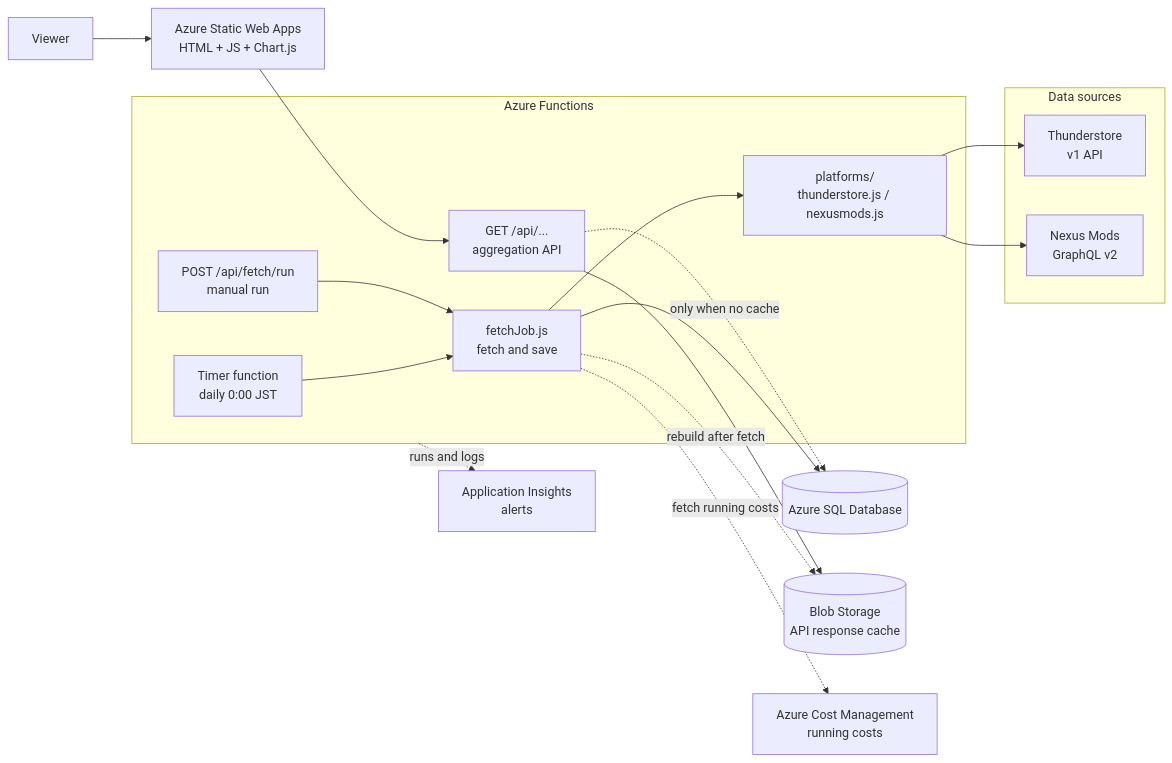
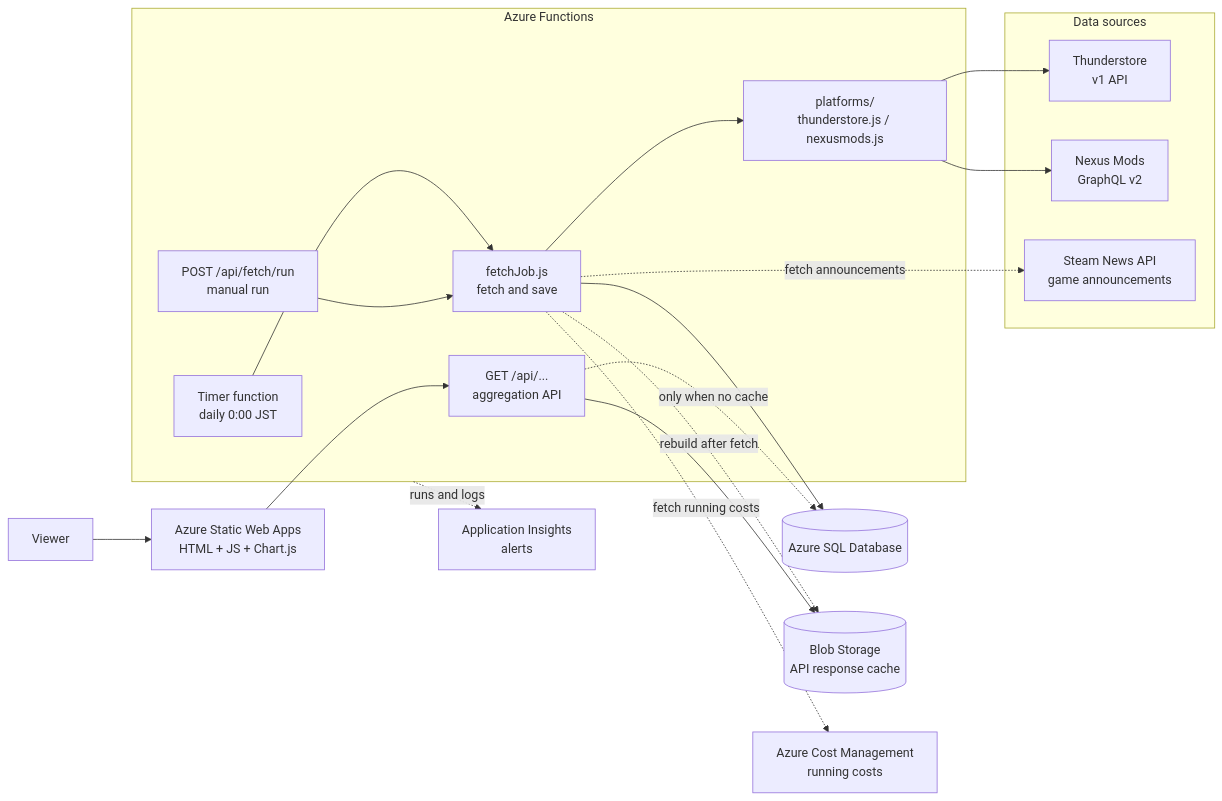
Before and after one commit to ryuka-dev/Mod-Insight: the diagram in README.en.md, drawn with Mermaid. The commit also changed other lines of this file and 2 other files, not shown here.

First line of the commit message:
ゲームのお知らせの取得と GET /api/events を文書に書く

````diff
--- a/README.en.md
+++ b/README.en.md
@@ -172,36 +172,38 @@
 ```mermaid
 flowchart LR
   subgraph Sources[Data sources]
     TS[Thunderstore<br/>v1 API]
     NX[Nexus Mods<br/>GraphQL v2]
+    Steam[Steam News API<br/>game announcements]
   end
 
   subgraph Func[Azure Functions]
     Timer[Timer function<br/>daily 0:00 JST]
     Run[POST /api/fetch/run<br/>manual run]
     Job[fetchJob.js<br/>fetch and save]
     Adapters[platforms/<br/>thunderstore.js / nexusmods.js]
     Api[GET /api/...<br/>aggregation API]
   end
 
   DB[(Azure SQL Database)]
   Blob[(Blob Storage<br/>API response cache)]
   Web[Azure Static Web Apps<br/>HTML + JS + Chart.js]
   AI[Application Insights<br/>alerts]
   Cost[Azure Cost Management<br/>running costs]
   User[Viewer]
 
   Timer --> Job
   Run --> Job
   Job --> Adapters
   Adapters --> TS
   Adapters --> NX
   Job --> DB
+  Job -.fetch announcements.-> Steam
   Job -.rebuild after fetch.-> Blob
   Job -.fetch running costs.-> Cost
   Api --> Blob
   Api -.only when no cache.-> DB
   User --> Web
   Web --> Api
   Func -.runs and logs.-> AI
 ```
````
